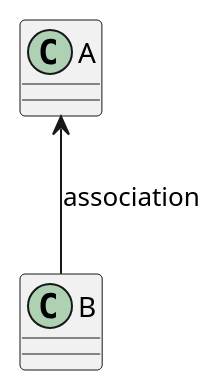
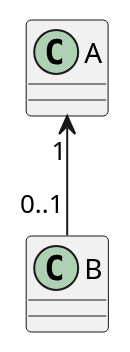
The second of 13 diagrams in work/methodology/SoftwareEngineering/UML基础教程.md (TomAndersen0714/notebooks), drawn with PlantUML before and after one commit. The commit also changed other lines of this file and 6 other files, not shown here.

````diff
--- a/work/methodology/SoftwareEngineering/UML基础教程.md
+++ b/work/methodology/SoftwareEngineering/UML基础教程.md
@@ -69,10 +75,10 @@
 ```plantuml
 @startuml
 class A
 class B
 
-A <-- B : association
+A "1" <-- "0..1" B
 
 @enduml
 
 ```
````
